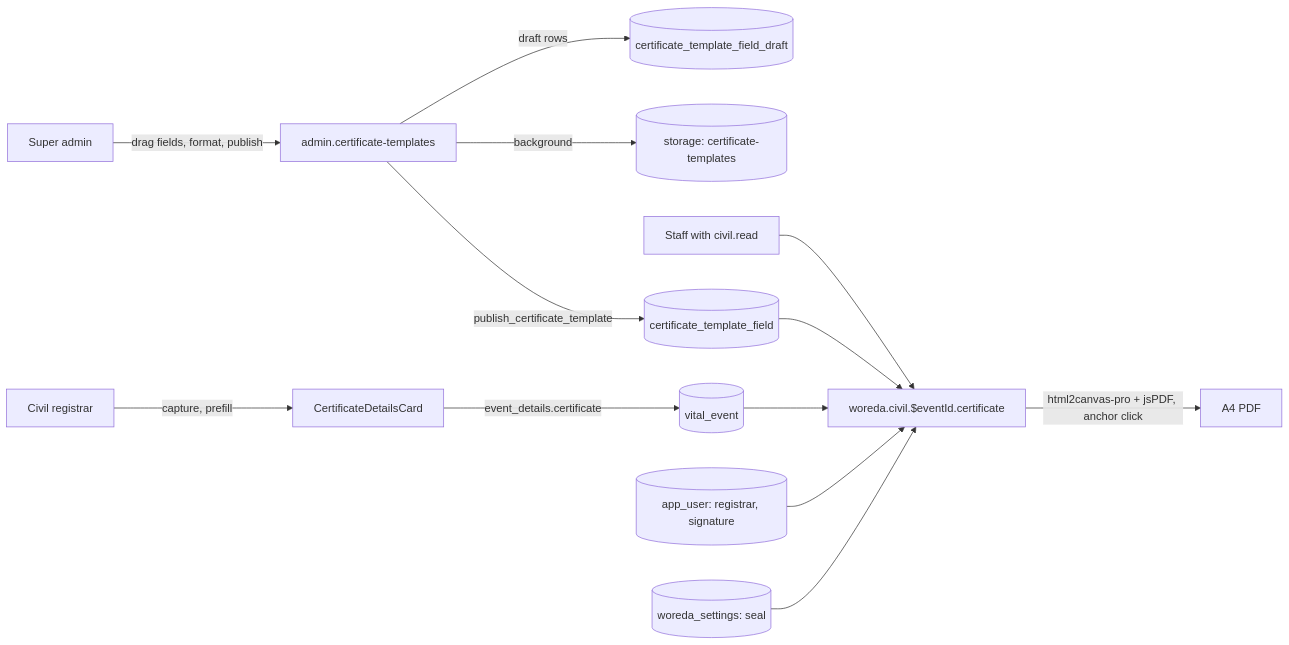
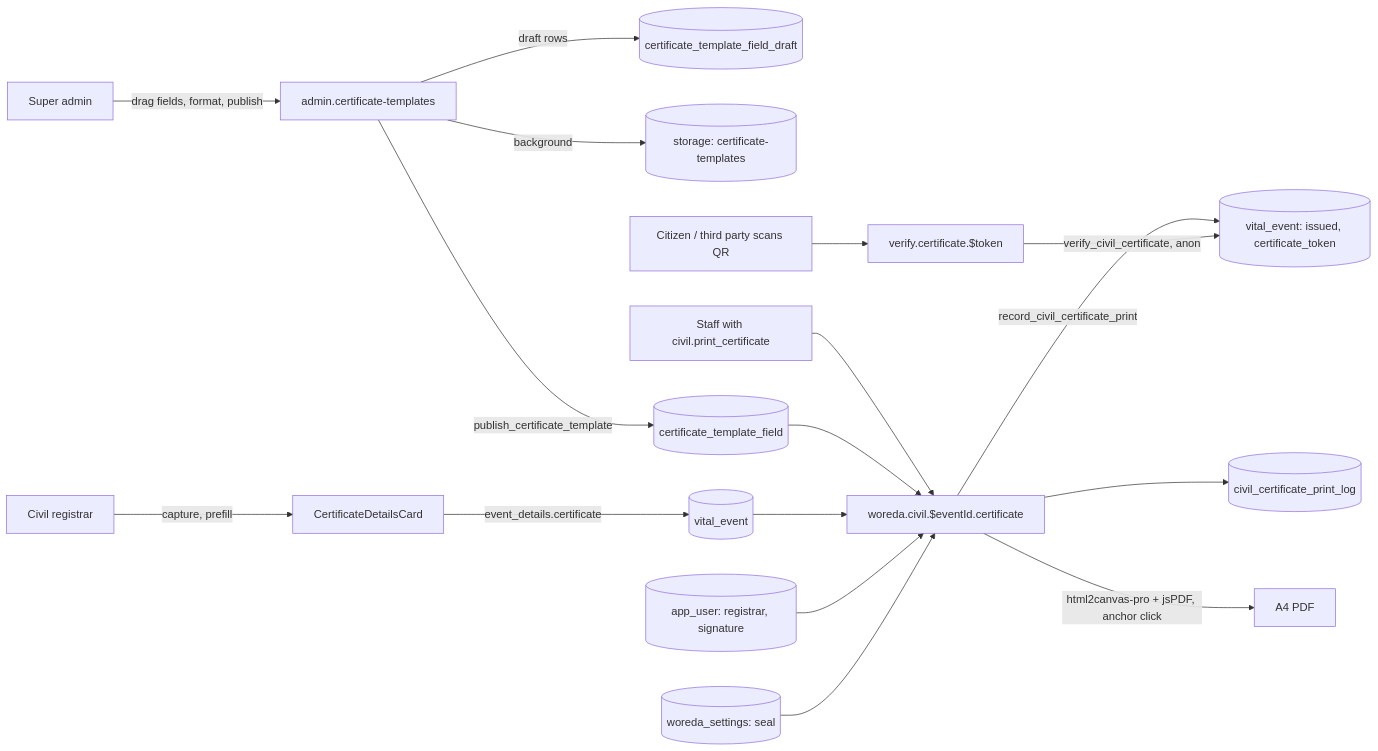
Before and after one commit to eskabdi/woredas-portal: the first of 3 diagrams in docs/civil-certificates.md, drawn with Mermaid. The commit also changed other lines of this file and 24 other files, not shown here.

First line of the commit message:
Civil certificate issuance like ID printing, with verification QR

````diff
--- a/docs/civil-certificates.md
+++ b/docs/civil-certificates.md
@@ -47,15 +54,19 @@
 ```mermaid
 flowchart LR
   SA[Super admin] -->|drag fields, format, publish| ED[admin.certificate-templates]
   ED -->|draft rows| DR[(certificate_template_field_draft)]
   ED -->|background| BK[(storage: certificate-templates)]
   ED -->|publish_certificate_template| LV[(certificate_template_field)]
   CL[Civil registrar] -->|capture, prefill| CD[CertificateDetailsCard]
   CD -->|event_details.certificate| VE[(vital_event)]
-  PR[Staff with civil.read] --> PT[woreda.civil.$eventId.certificate]
+  PR[Staff with civil.print_certificate] --> PT[woreda.civil.$eventId.certificate]
+  PT -->|record_civil_certificate_print| IS[(vital_event: issued, certificate_token)]
+  PT --> PL[(civil_certificate_print_log)]
+  QR[Citizen / third party scans QR] --> VF[verify.certificate.$token]
+  VF -->|verify_civil_certificate, anon| IS
   LV --> PT
   VE --> PT
   AU[(app_user: registrar, signature)] --> PT
   WS[(woreda_settings: seal)] --> PT
   PT -->|html2canvas-pro + jsPDF, anchor click| PDF[A4 PDF]
 ```
````
